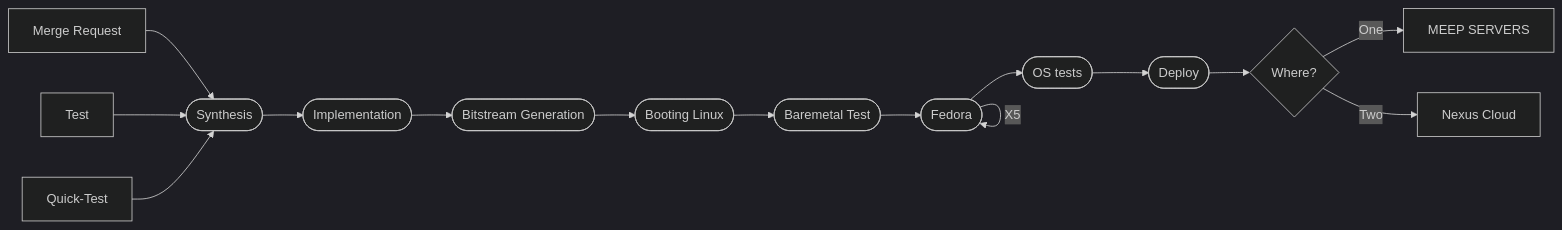
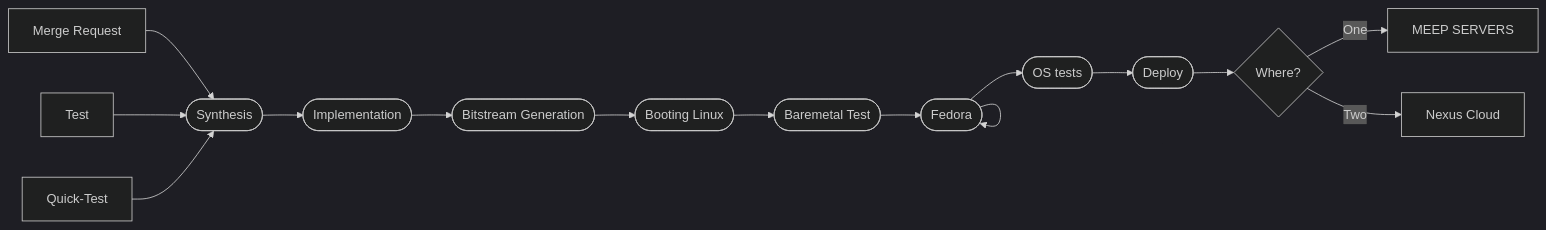
Before and after one commit to MEEPproject/fpga_shell: the diagram in README.md, drawn with Mermaid (dark theme). The commit also changed other lines of this file, not shown here.

````diff
--- a/README.md
+++ b/README.md
@@ -236,18 +217,18 @@
 ```mermaid
 flowchart LR
     A[Merge Request]  --> B([Synthesis])
     T[Test]  --> B([Synthesis])
     Q[Quick-Test]  --> B([Synthesis])
     B --> C([Implementation])
     C --> D([Bitstream Generation])
     D --> E([Booting Linux])
     E --> F([Baremetal Test])
     F --> G([Fedora])
-    G -- X5 --> G([Fedora])
+    G --> G([Fedora])
     G --> H([OS tests])
     H --> I([Deploy])
 
     I --> J{Where?}
     J -->|One| K[MEEP SERVERS]
     J -->|Two| L[Nexus Cloud]
 ```
````
